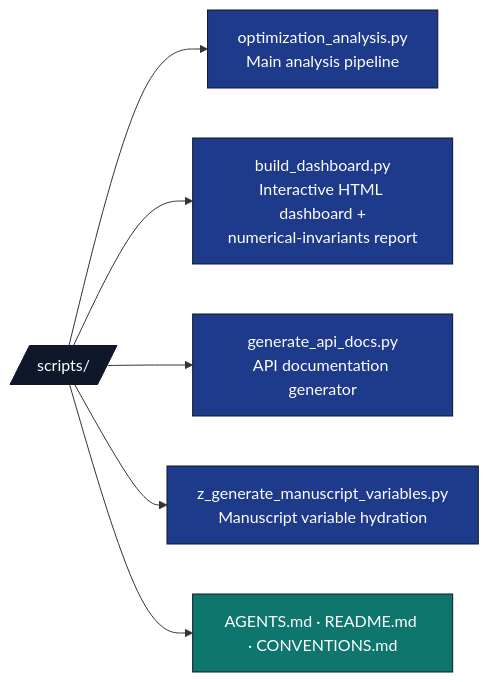
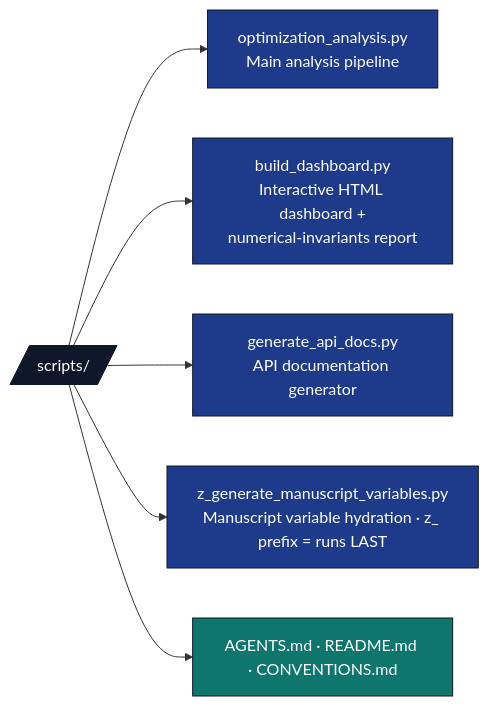
Before and after one commit to docxology/template: the diagram in projects/template_code_project/scripts/AGENTS.md, drawn with Mermaid. The commit also changed other lines of this file and 34 other files, not shown here.

````diff
--- a/projects/template_code_project/scripts/AGENTS.md
+++ b/projects/template_code_project/scripts/AGENTS.md
@@ -16,16 +17,16 @@
 ```mermaid
 flowchart LR
     SC[/scripts//]
     SC --> OA[optimization_analysis.py<br/>Main analysis pipeline]
     SC --> BD[build_dashboard.py<br/>Interactive HTML dashboard +<br/>numerical-invariants report]
     SC --> GD[generate_api_docs.py<br/>API documentation generator]
-    SC --> ZGEN[z_generate_manuscript_variables.py<br/>Manuscript variable hydration]
+    SC --> ZGEN[z_generate_manuscript_variables.py<br/>Manuscript variable hydration · z_ prefix = runs LAST]
     SC --> DOCS[AGENTS.md · README.md · CONVENTIONS.md]
 
     classDef d fill:#0f172a,stroke:#0f172a,color:#fff
     classDef code fill:#1e3a8a,stroke:#0f172a,color:#fff
     classDef doc fill:#0f766e,stroke:#0f172a,color:#fff
     class SC d
     class OA,BD,GD,ZGEN code
     class DOCS doc
 ```
````
